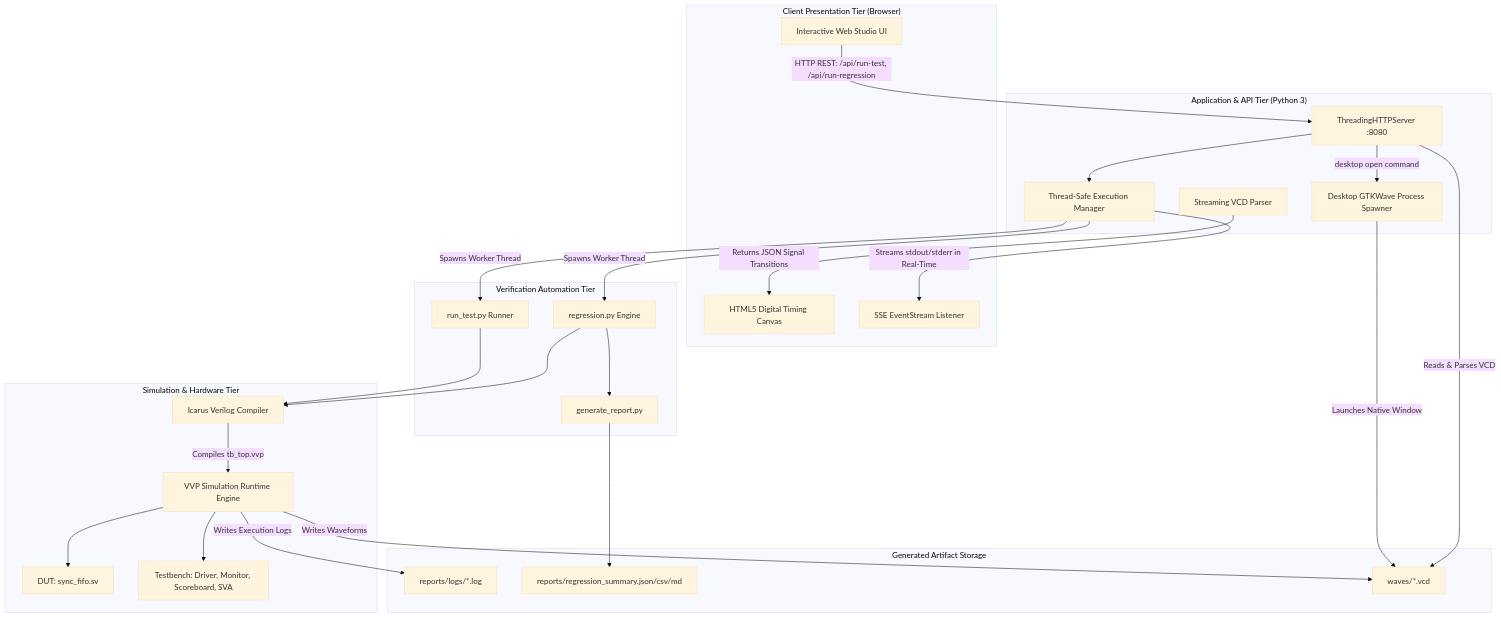
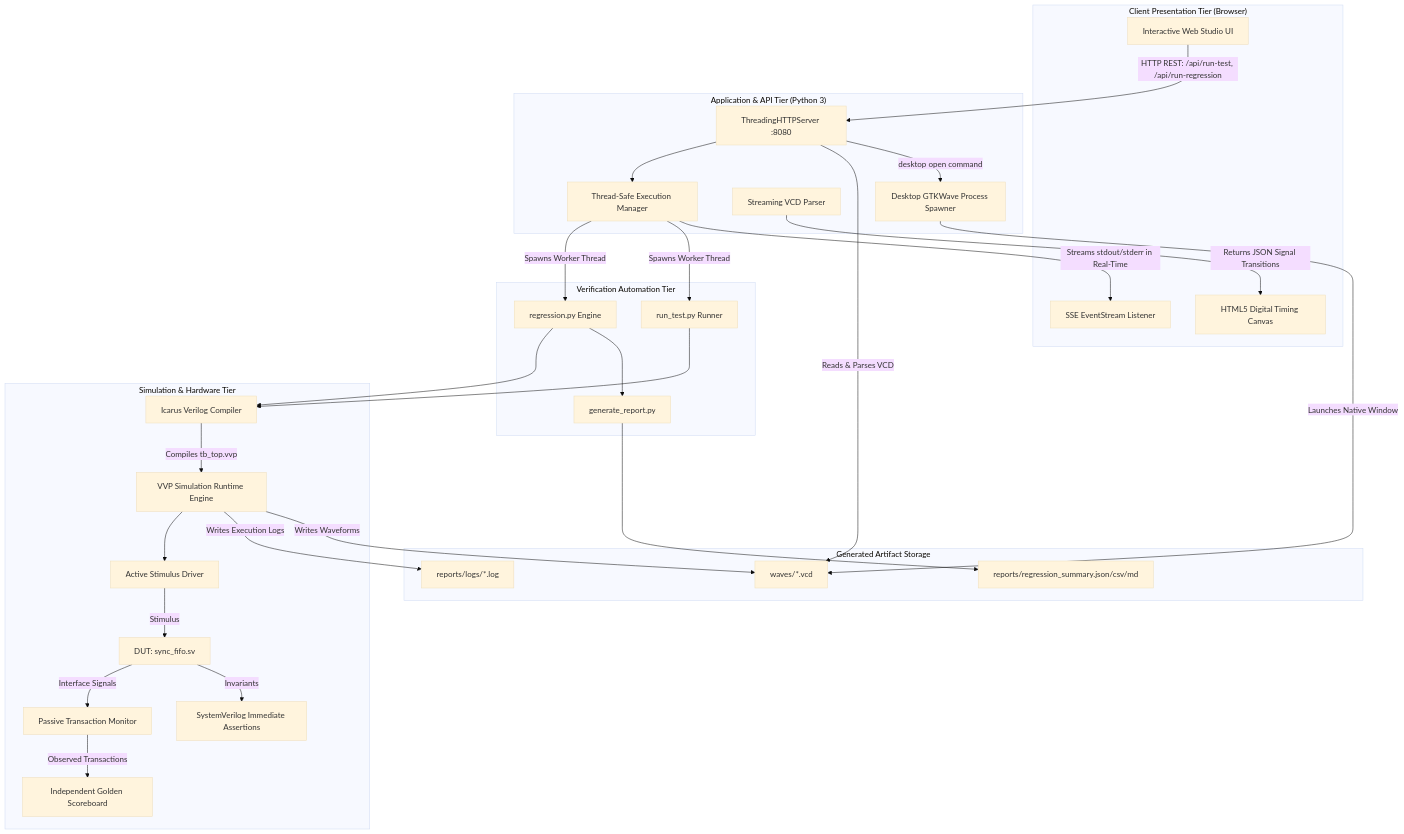
Before and after one commit to apoorvmisra31/RTL-Verification-Automated-Regression-Framework: the diagram in docs/architecture.md, drawn with Mermaid (base theme). The commit also changed other lines of this file and 13 other files, not shown here.

Commit message:
fix(verification): comprehensive audit, real SV assertions, monitor datapath, and verified defect injection

````diff
--- a/docs/architecture.md
+++ b/docs/architecture.md
@@ -11,53 +11,59 @@
 ```mermaid
 graph TD
     subgraph Browser ["Client Presentation Tier (Browser)"]
         UI[Interactive Web Studio UI]
         Canvas[HTML5 Digital Timing Canvas]
         SSE_Recv[SSE EventStream Listener]
     end
 
     subgraph Backend ["Application & API Tier (Python 3)"]
         Server[ThreadingHTTPServer :8080]
         ExecMgr[Thread-Safe Execution Manager]
         VCDParser[Streaming VCD Parser]
         GTKLauncher[Desktop GTKWave Process Spawner]
     end
 
     subgraph Engine ["Verification Automation Tier"]
         Regr[regression.py Engine]
         Runner[run_test.py Runner]
         Reporter[generate_report.py]
     end
 
     subgraph Simulation ["Simulation & Hardware Tier"]
         Iverilog[Icarus Verilog Compiler]
         VVP[VVP Simulation Runtime Engine]
         DUT[DUT: sync_fifo.sv]
-        TB[Testbench: Driver, Monitor, Scoreboard, SVA]
+        Driver[Active Stimulus Driver]
+        Monitor[Passive Transaction Monitor]
+        Scoreboard[Independent Golden Scoreboard]
+        SVA[SystemVerilog Immediate Assertions]
     end
 
     subgraph Artifacts ["Generated Artifact Storage"]
         Logs[reports/logs/*.log]
         Reports[reports/regression_summary.json/csv/md]
         Waves[waves/*.vcd]
     end
 
     UI -->|HTTP REST: /api/run-test, /api/run-regression| Server
     Server --> ExecMgr
     ExecMgr -->|Spawns Worker Thread| Regr
     ExecMgr -->|Spawns Worker Thread| Runner
     Regr --> Iverilog
     Runner --> Iverilog
     Iverilog -->|Compiles tb_top.vvp| VVP
-    VVP --> DUT
-    VVP --> TB
+    VVP --> Driver
+    Driver -->|Stimulus| DUT
+    DUT -->|Interface Signals| Monitor
+    Monitor -->|Observed Transactions| Scoreboard
+    DUT -->|Invariants| SVA
     VVP -->|Writes Execution Logs| Logs
     VVP -->|Writes Waveforms| Waves
     Regr --> Reporter
     Reporter --> Reports
     ExecMgr -->|Streams stdout/stderr in Real-Time| SSE_Recv
     Server -->|Reads & Parses VCD| Waves
     VCDParser -->|Returns JSON Signal Transitions| Canvas
     Server -->|desktop open command| GTKLauncher
     GTKLauncher -->|Launches Native Window| Waves
 ```
````
